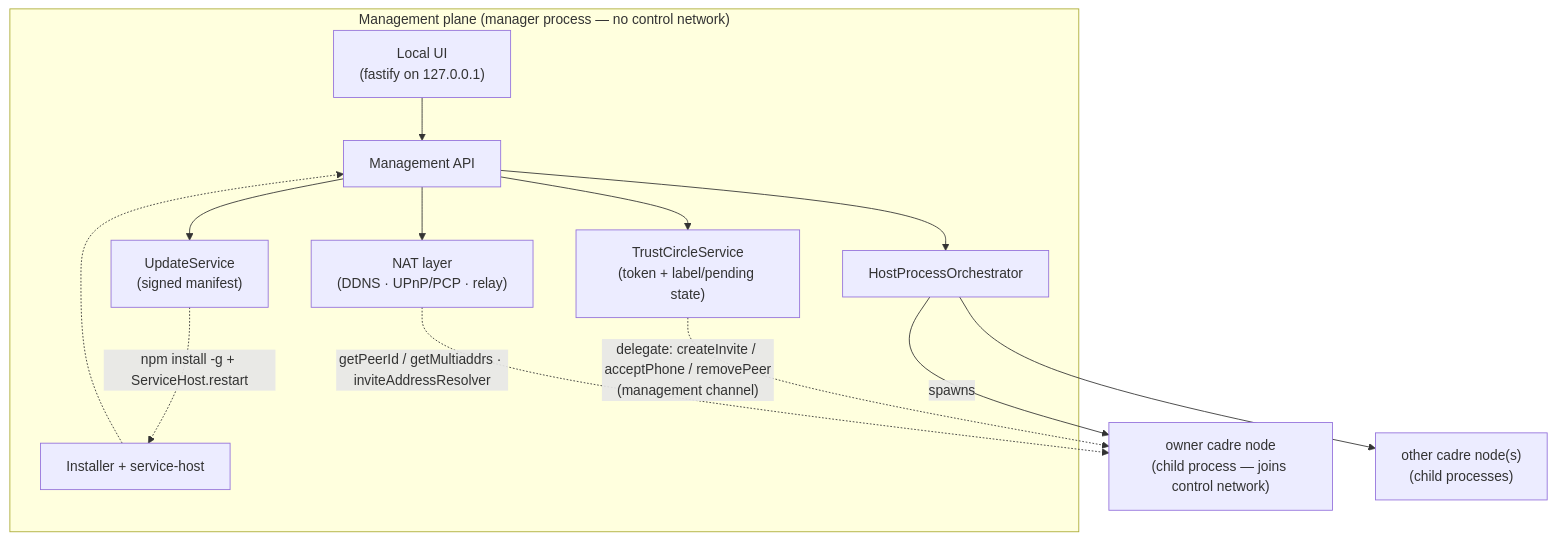
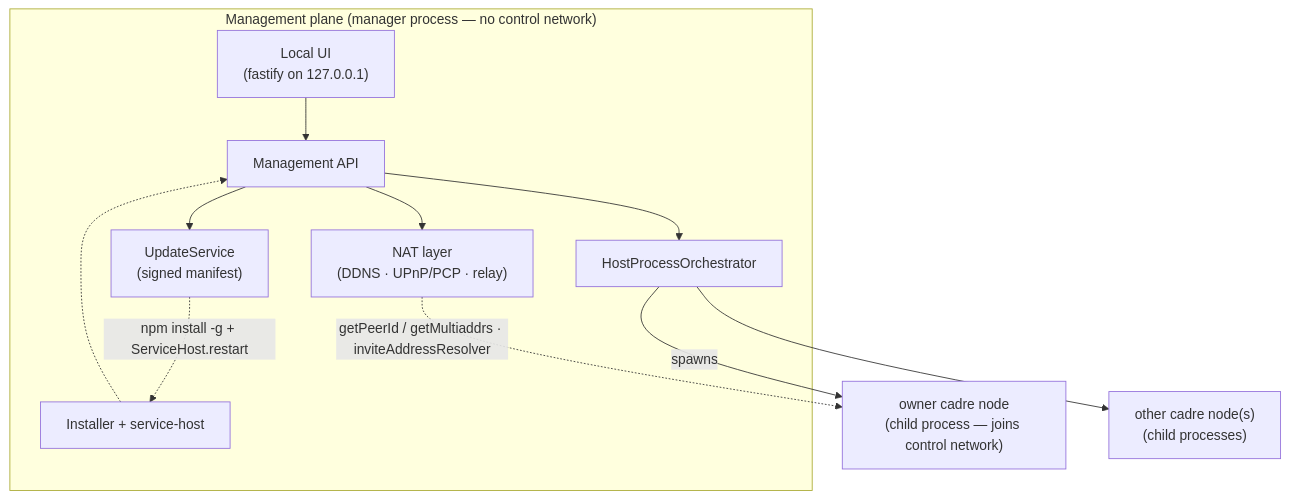
The second of 2 diagrams in docs/cadre-host.md (gotchoices/sereus), drawn with Mermaid before and after one commit. The commit also changed other lines of this file and 132 other files, not shown here.

````diff
--- a/docs/cadre-host.md
+++ b/docs/cadre-host.md
@@ -535,23 +508,20 @@
 ```mermaid
 graph TD
     subgraph MP["Management plane (manager process — no control network)"]
         UI["Local UI<br/>(fastify on 127.0.0.1)"]
         Mgmt["Management API"]
         Orch["HostProcessOrchestrator"]
-        TC["TrustCircleService<br/>(token + label/pending state)"]
         NAT["NAT layer<br/>(DDNS · UPnP/PCP · relay)"]
         Upd["UpdateService<br/>(signed manifest)"]
         Install["Installer + service-host"]
     end
     UI --> Mgmt
     Mgmt --> Orch
-    Mgmt --> TC
     Mgmt --> NAT
     Mgmt --> Upd
     Upd -. "npm install -g + ServiceHost.restart" .-> Install
     Orch -->|spawns| AN["owner cadre node<br/>(child process — joins control network)"]
     Orch --> NN["other cadre node(s)<br/>(child processes)"]
-    TC -. "delegate: createInvite / acceptPhone / removePeer<br/>(management channel)" .-> AN
     NAT -. "getPeerId / getMultiaddrs · inviteAddressResolver" .-> AN
     Install -.-> Mgmt
 ```
````
